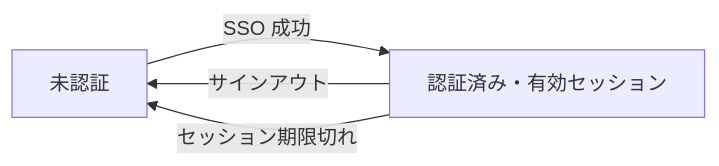
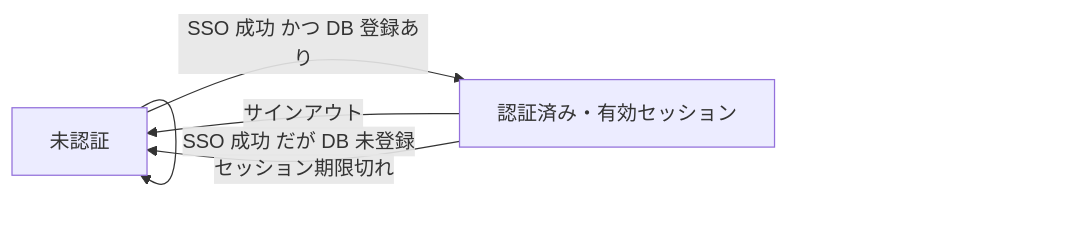
Before and after one commit to nohara-kengo/reader-eval: the second of 2 diagrams in docs/design/31/flow.md, drawn with Mermaid. The commit also changed other lines of this file and 14 other files, not shown here.

````diff
--- a/docs/design/31/flow.md
+++ b/docs/design/31/flow.md
@@ -25,6 +33,7 @@
 ```mermaid
 flowchart LR
-    Anonymous[未認証] -->|SSO 成功| Authenticated[認証済み・有効セッション]
+    Anonymous["未認証"] -->|SSO 成功 かつ DB 登録あり| Authenticated["認証済み・有効セッション"]
+    Anonymous -->|SSO 成功 だが DB 未登録| Anonymous
     Authenticated -->|サインアウト| Anonymous
     Authenticated -->|セッション期限切れ| Anonymous
 ```
````
